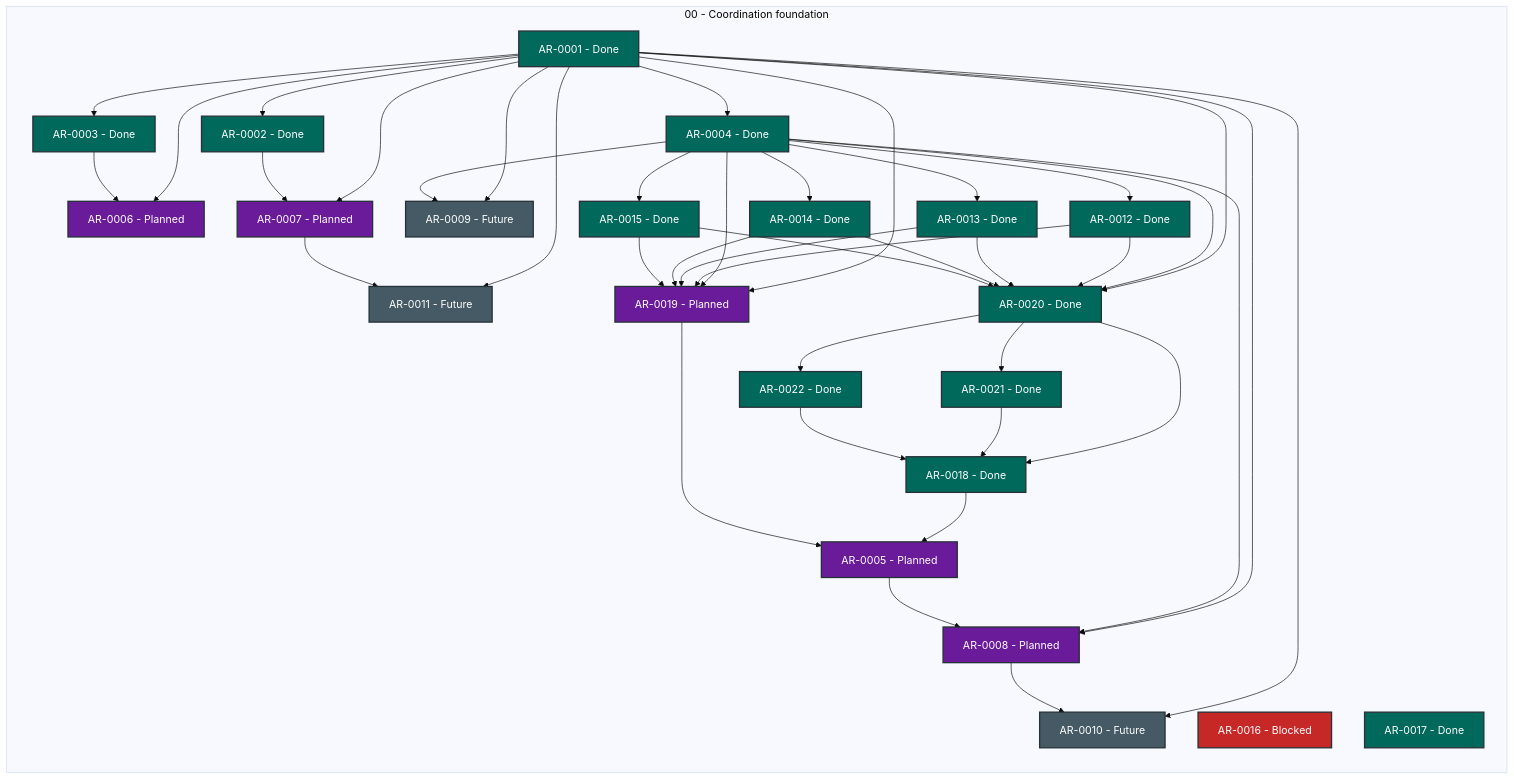
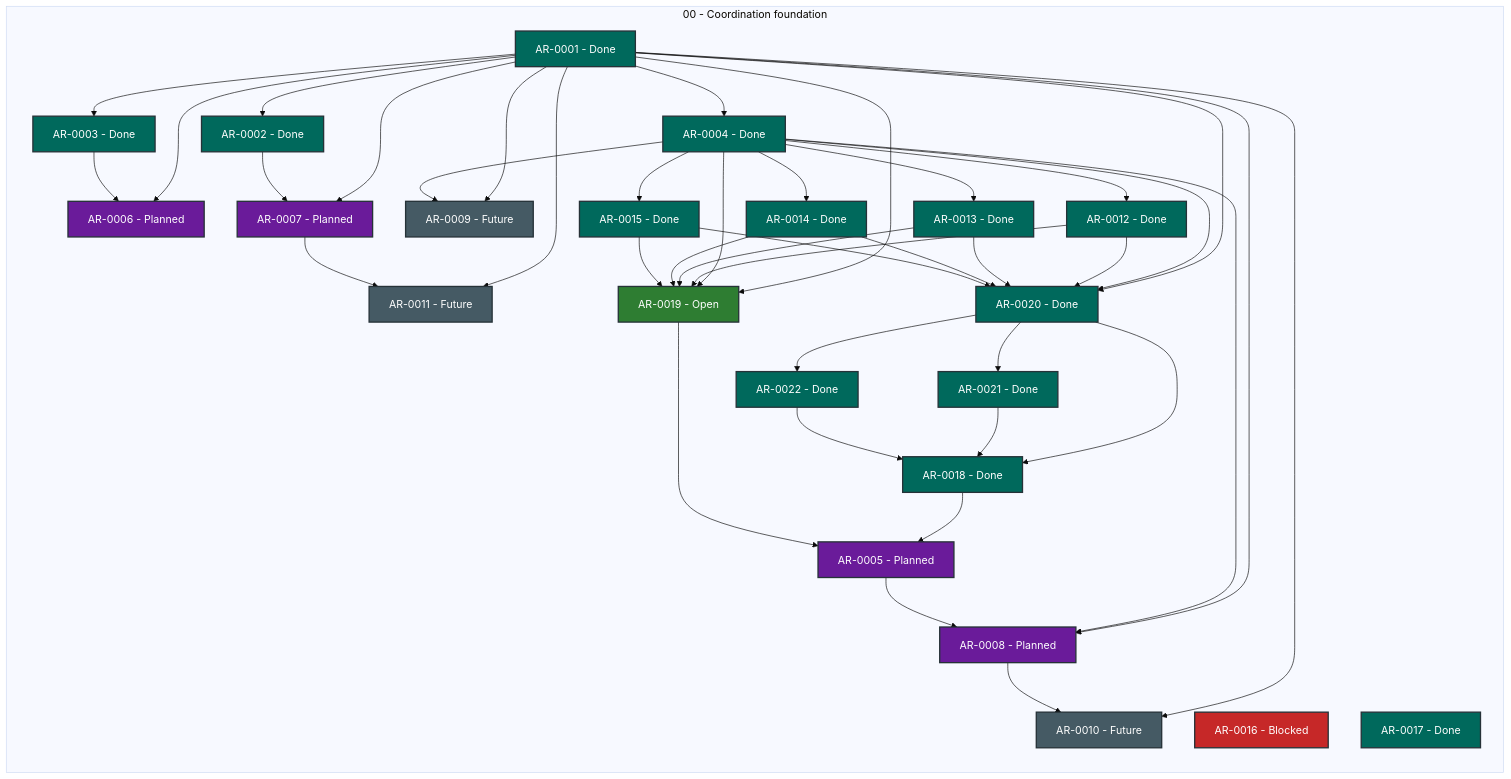
One commit to martin-beck/agent-workflow-quality-state changed the diagram in STATUS.md. Above: the diagram before and after it, drawn with Mermaid (base theme). The commit also changed other lines of this file and 2 other files, not shown here.

````diff
--- a/STATUS.md
+++ b/STATUS.md
@@ -27,75 +27,75 @@
 ```mermaid
 flowchart LR
     subgraph series_00["00 - Coordination foundation"]
         direction TB
         AR_0001["AR-0001 - Done"]:::status_done
         AR_0002["AR-0002 - Done"]:::status_done
         AR_0003["AR-0003 - Done"]:::status_done
         AR_0004["AR-0004 - Done"]:::status_done
         AR_0005["AR-0005 - Planned"]:::status_planned
         AR_0006["AR-0006 - Planned"]:::status_planned
         AR_0007["AR-0007 - Planned"]:::status_planned
         AR_0008["AR-0008 - Planned"]:::status_planned
         AR_0009["AR-0009 - Future"]:::status_future
         AR_0010["AR-0010 - Future"]:::status_future
         AR_0011["AR-0011 - Future"]:::status_future
         AR_0012["AR-0012 - Done"]:::status_done
         AR_0013["AR-0013 - Done"]:::status_done
         AR_0014["AR-0014 - Done"]:::status_done
         AR_0015["AR-0015 - Done"]:::status_done
         AR_0016["AR-0016 - Blocked"]:::status_blocked
         AR_0017["AR-0017 - Done"]:::status_done
         AR_0018["AR-0018 - Done"]:::status_done
-        AR_0019["AR-0019 - Planned"]:::status_planned
+        AR_0019["AR-0019 - Open"]:::status_open
         AR_0020["AR-0020 - Done"]:::status_done
         AR_0021["AR-0021 - Done"]:::status_done
         AR_0022["AR-0022 - Done"]:::status_done
     end
     AR_0001 --> AR_0002
     AR_0001 --> AR_0003
     AR_0001 --> AR_0004
     AR_0001 --> AR_0006
     AR_0001 --> AR_0007
     AR_0001 --> AR_0008
     AR_0001 --> AR_0009
     AR_0001 --> AR_0010
     AR_0001 --> AR_0011
     AR_0001 --> AR_0019
     AR_0001 --> AR_0020
     AR_0002 --> AR_0007
     AR_0003 --> AR_0006
     AR_0004 --> AR_0008
     AR_0004 --> AR_0009
     AR_0004 --> AR_0012
     AR_0004 --> AR_0013
     AR_0004 --> AR_0014
     AR_0004 --> AR_0015
     AR_0004 --> AR_0019
     AR_0004 --> AR_0020
     AR_0005 --> AR_0008
     AR_0007 --> AR_0011
     AR_0008 --> AR_0010
     AR_0012 --> AR_0019
     AR_0012 --> AR_0020
     AR_0013 --> AR_0019
     AR_0013 --> AR_0020
     AR_0014 --> AR_0019
     AR_0014 --> AR_0020
     AR_0015 --> AR_0019
     AR_0015 --> AR_0020
     AR_0018 --> AR_0005
     AR_0019 --> AR_0005
     AR_0020 --> AR_0018
     AR_0020 --> AR_0021
     AR_0020 --> AR_0022
     AR_0021 --> AR_0018
     AR_0022 --> AR_0018
     classDef status_in_progress fill:#1565c0,color:#ffffff,stroke:#263238,stroke-width:2px
     classDef status_open fill:#2e7d32,color:#ffffff,stroke:#263238,stroke-width:2px
     classDef status_blocked fill:#c62828,color:#ffffff,stroke:#263238,stroke-width:2px
     classDef status_planned fill:#6a1b9a,color:#ffffff,stroke:#263238,stroke-width:2px
     classDef status_future fill:#455a64,color:#ffffff,stroke:#263238,stroke-width:2px
     classDef status_done fill:#00695c,color:#ffffff,stroke:#263238,stroke-width:2px
     classDef status_cancelled fill:#616161,color:#ffffff,stroke:#263238,stroke-width:2px
     classDef status_superseded fill:#5d4037,color:#ffffff,stroke:#263238,stroke-width:2px
 ```
````
